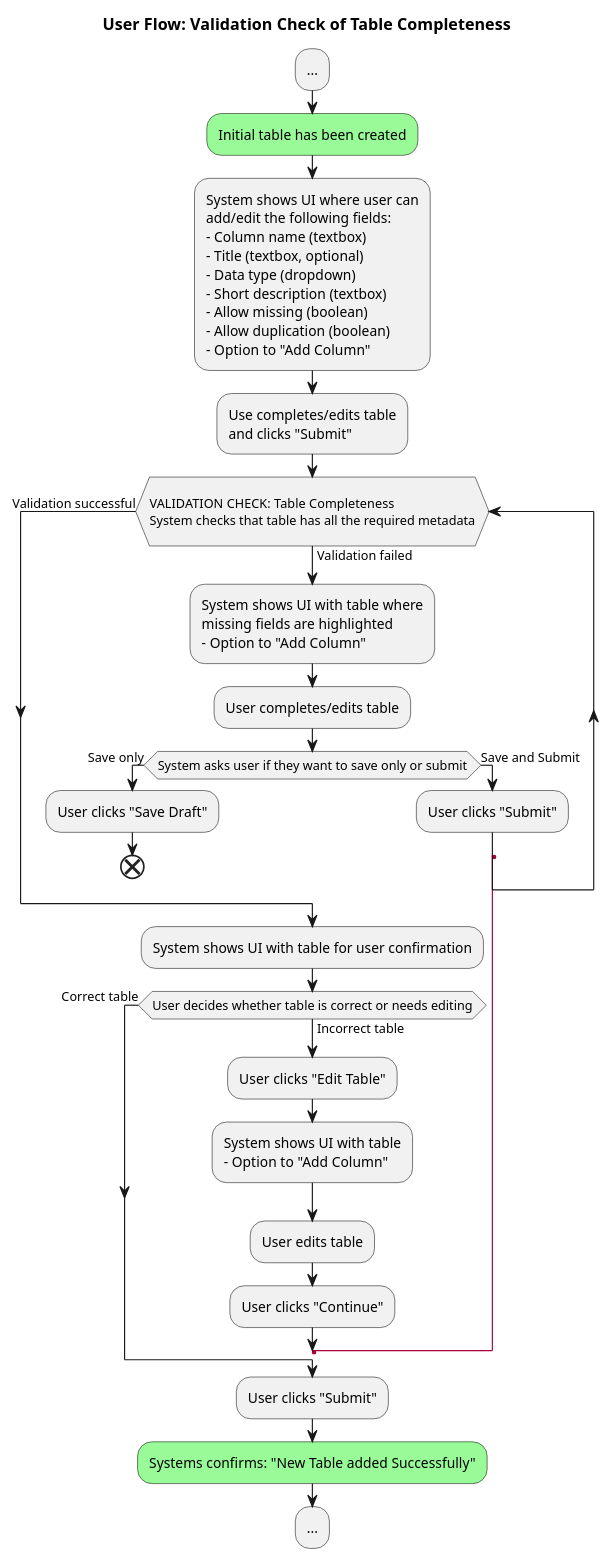
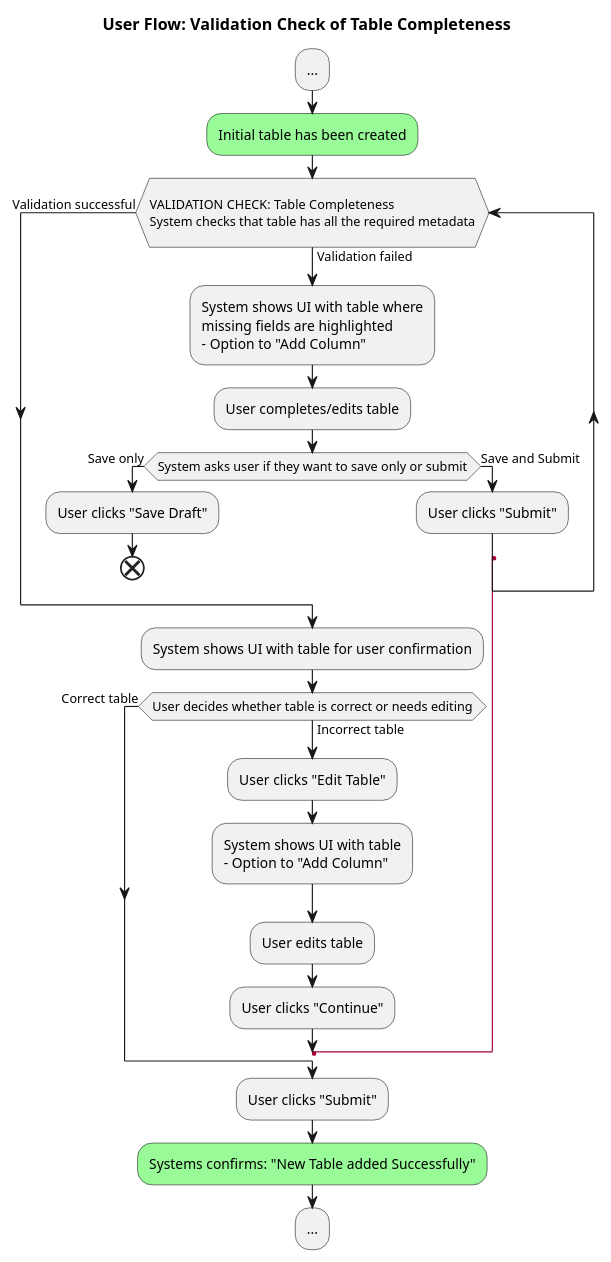
Before and after one commit to signekb/seedcase-sprout: the diagram in docs/design/images/user-flow-validation-table-completeness.puml, drawn with PlantUML. The commit also changed 1 other file, not shown here.

Commit message:
docs: add edits to val table completeness from user flow.puml

```diff
--- a/docs/design/images/user-flow-validation-table-completeness.puml
+++ b/docs/design/images/user-flow-validation-table-completeness.puml
@@ -1,48 +1,37 @@
 @startuml user-flow-validation-table-completeness
 
 title User Flow: Validation Check of Table Completeness
 
 :...;
 #palegreen:Initial table has been created;
 'copied from user-flow.puml start
 'validation table completeness start
-    :System shows UI where user can 
-    add/edit the following fields:
-    - Column name (textbox)
-    - Title (textbox, optional)
-    - Data type (dropdown)
-    - Short description (textbox)
-    - Allow missing (boolean) 
-    - Allow duplication (boolean)
-    - Option to "Add Column";
-    :Use completes/edits table
-    and clicks "Submit";
    while (\nVALIDATION CHECK: Table Completeness\nSystem checks that table has all the required metadata\n) is (Validation failed)
     :System shows UI with table where
     missing fields are highlighted
     - Option to "Add Column";
     :User completes/edits table;
     if (System asks user if they want to save only or submit) then (Save only)
       :User clicks "Save Draft";
       end
     else (Save and Submit)
       :User clicks "Submit";
       label l
     endif
   end while (Validation successful)
   :System shows UI with table for user confirmation;
   while (User decides whether table is correct or needs editing) is (Incorrect table)
     :User clicks "Edit Table";
     :System shows UI with table
     - Option to "Add Column";
     :User edits table;
     :User clicks "Continue";
     goto l
    end while (Correct table)
    :User clicks "Submit";
   #palegreen:Systems confirms: "New Table added Successfully";
 'validation table completeness end
 'copied from user-flow.puml end
 :...;
 
 @enduml
```
